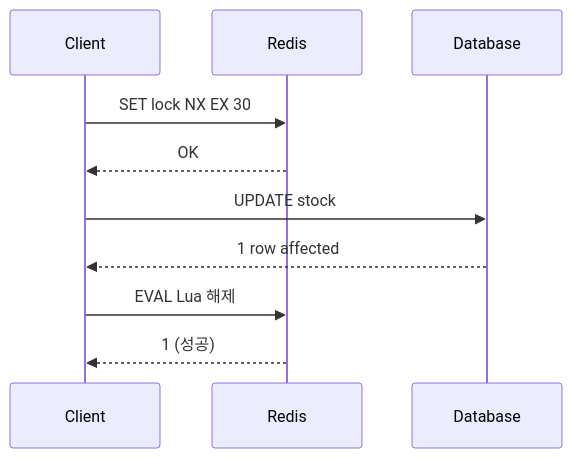
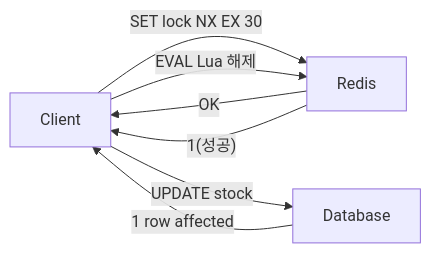
The second of 15 diagrams in _posts/redis/2026-05-01-redis-distributed-lock.md (yjkim2015/yjkim2015.github.io), drawn with Mermaid before and after one commit. The commit also changed other lines of this file and 32 other files, not shown here.

First line of the commit message:
sequenceDiagram 82개 → graph LR 변환 완료

````diff
--- a/_posts/redis/2026-05-01-redis-distributed-lock.md
+++ b/_posts/redis/2026-05-01-redis-distributed-lock.md
@@ -65,12 +65,9 @@
 ```mermaid
-sequenceDiagram
-    participant C as Client
-    participant R as Redis
-    participant DB as Database
-    C->>R: SET lock NX EX 30
-    R-->>C: OK
-    C->>DB: UPDATE stock
-    DB-->>C: 1 row affected
-    C->>R: EVAL Lua 해제
-    R-->>C: 1 (성공)
+graph LR
+    C["Client"] -->|"SET lock NX EX 30"| R["Redis"]
+    R -->|"OK"| C
+    C -->|"UPDATE stock"| DB["Database"]
+    DB -->|"1 row affected"| C
+    C -->|"EVAL Lua 해제"| R
+    R -->|"1(성공)"| C
 ```
````
